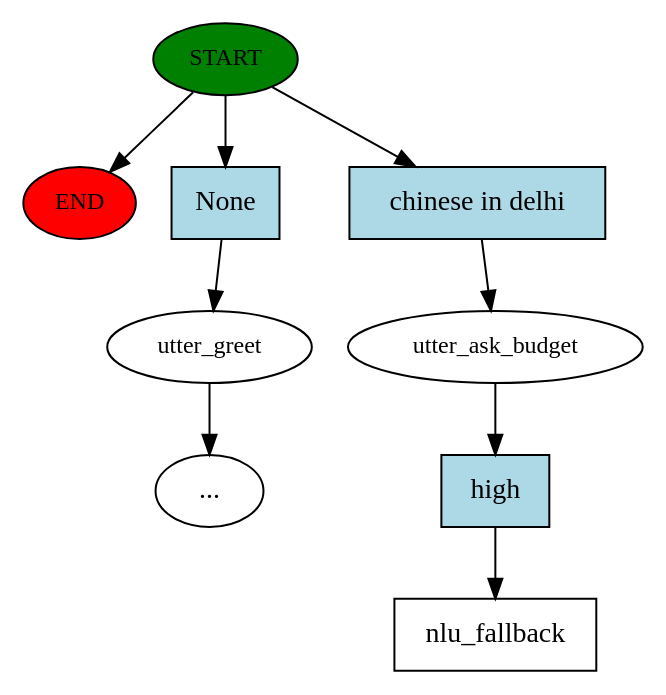
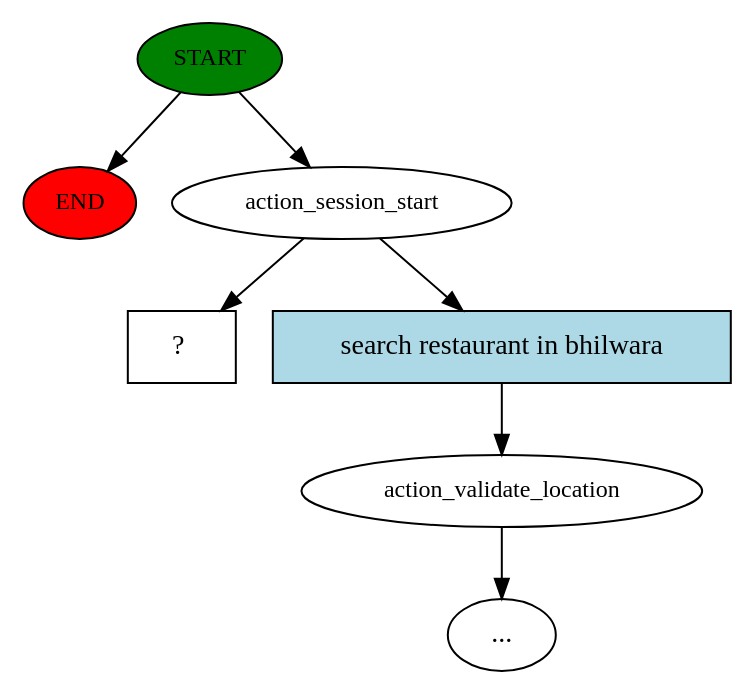
Before and after one commit to bipin-raju/FoodieChatBot: the diagram in story_graph.dot, drawn with Graphviz. The commit also changed 8 other files, not shown here.

Commit message:
Added slack support and validation checks for location,cuisine,budget

```diff
--- a/story_graph.dot
+++ b/story_graph.dot
@@ -1,19 +1,15 @@
 digraph  {
 0 [class="start active", fillcolor=green, fontsize=12, label=START, style=filled];
 "-1" [class=end, fillcolor=red, fontsize=12, label=END, style=filled];
-1 [class="", fontsize=12, label=utter_greet];
-"-17" [class=ellipsis, label="..."];
-16 [class=active, fontsize=12, label=utter_ask_budget];
-17 [class="intent dashed active", label=nlu_fallback, shape=rect];
-18 [class=intent, fillcolor=lightblue, label=None, shape=rect, style=filled];
-19 [class="intent active", fillcolor=lightblue, label="chinese in delhi", shape=rect, style=filled];
-20 [class="intent active", fillcolor=lightblue, label=high, shape=rect, style=filled];
+1 [class=active, fontsize=12, label=action_session_start];
+2 [class="", fontsize=12, label=action_validate_location];
+"-3" [class=ellipsis, label="..."];
+4 [class="intent dashed active", label="  ?  ", shape=rect];
+5 [class=intent, fillcolor=lightblue, label="search restaurant in bhilwara", shape=rect, style=filled];
 0 -> "-1"  [class="", key=NONE, label=""];
-0 -> 18  [class="", key=0];
-0 -> 19  [class=active, key=0];
-1 -> "-17"  [class="", key=NONE, label=""];
-16 -> 20  [class=active, key=0];
-18 -> 1  [class="", key=0];
-19 -> 16  [class=active, key=0];
-20 -> 17  [class=active, key=0];
+0 -> 1  [class=active, key=NONE, label=""];
+1 -> 4  [class=active, key=NONE, label=""];
+1 -> 5  [class="", key=0];
+2 -> "-3"  [class="", key=NONE, label=""];
+5 -> 2  [class="", key=0];
 }
```
